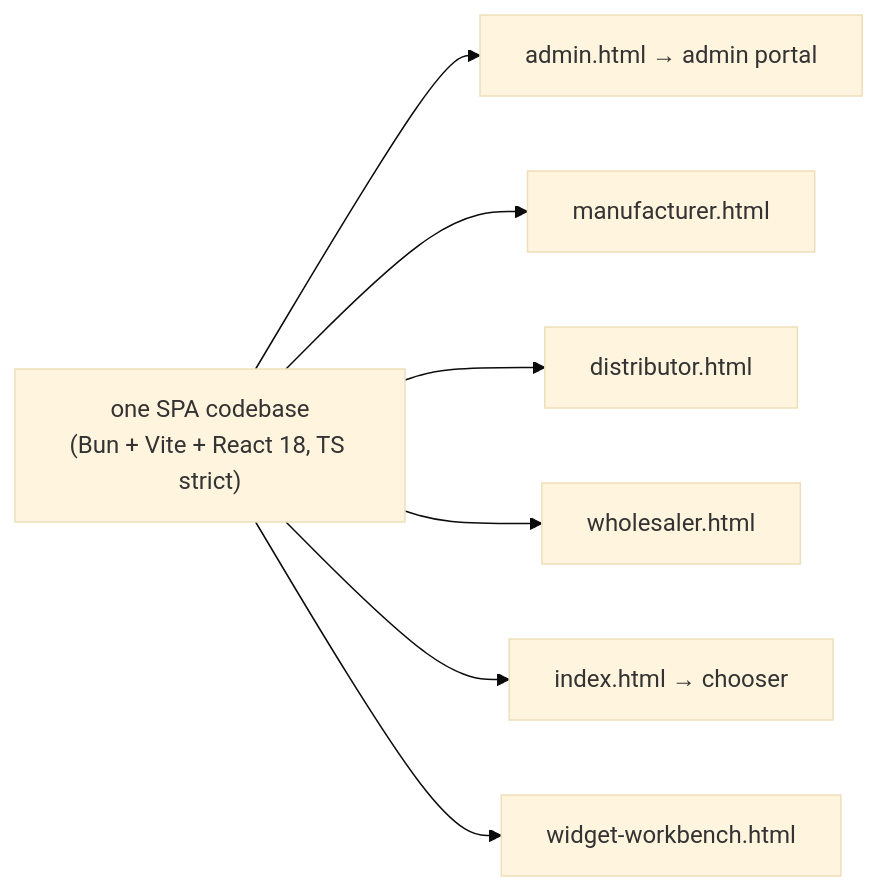
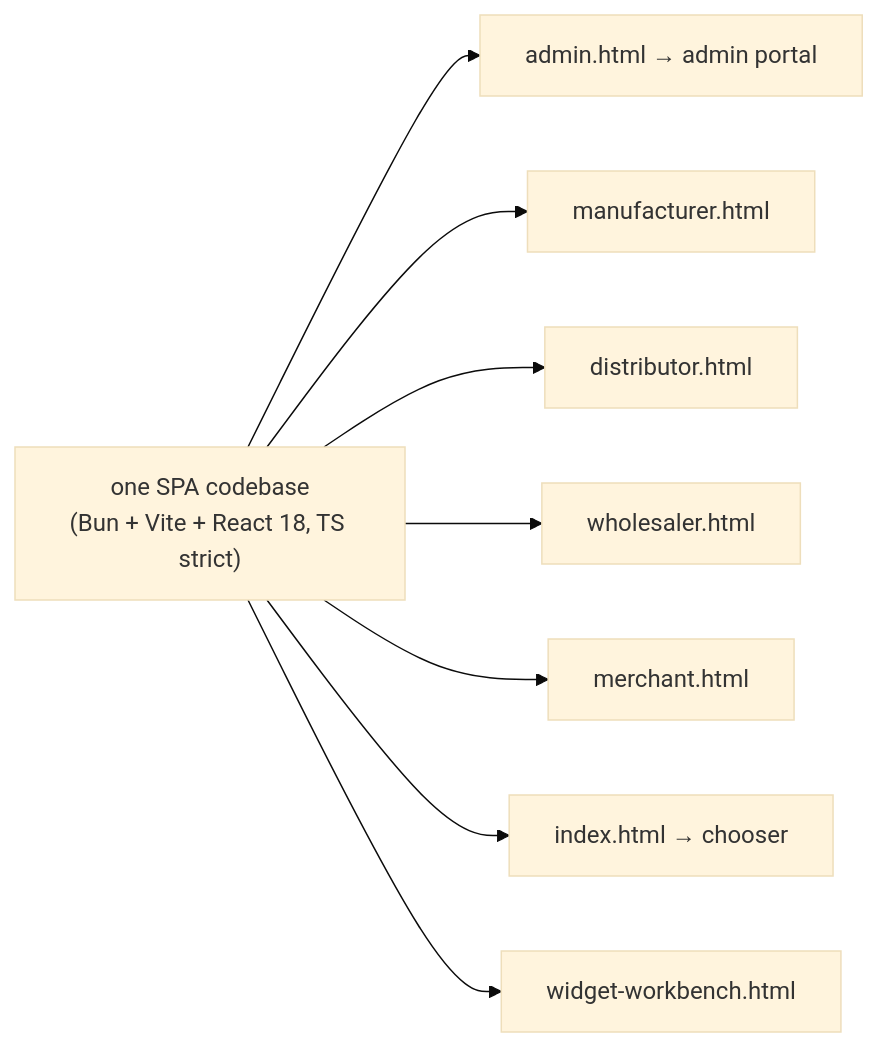
One commit to FathimaBadar/FinancialServicesPlatform changed diagram 27 of 35 in docs/architecture.md. Above: the diagram before and after it, drawn with Mermaid (base theme). The commit also changed other lines of this file and 122 other files, not shown here.

````diff
--- a/docs/architecture.md
+++ b/docs/architecture.md
@@ -684,10 +717,11 @@
 ```mermaid
 flowchart LR
     SRC["one SPA codebase<br/>(Bun + Vite + React 18, TS strict)"]
     SRC --> ADM["admin.html → admin portal"]
     SRC --> MAN["manufacturer.html"]
     SRC --> DIB["distributor.html"]
     SRC --> WHO["wholesaler.html"]
+    SRC --> MER["merchant.html"]
     SRC --> CH["index.html → chooser"]
     SRC --> WB["widget-workbench.html"]
 ```
````
